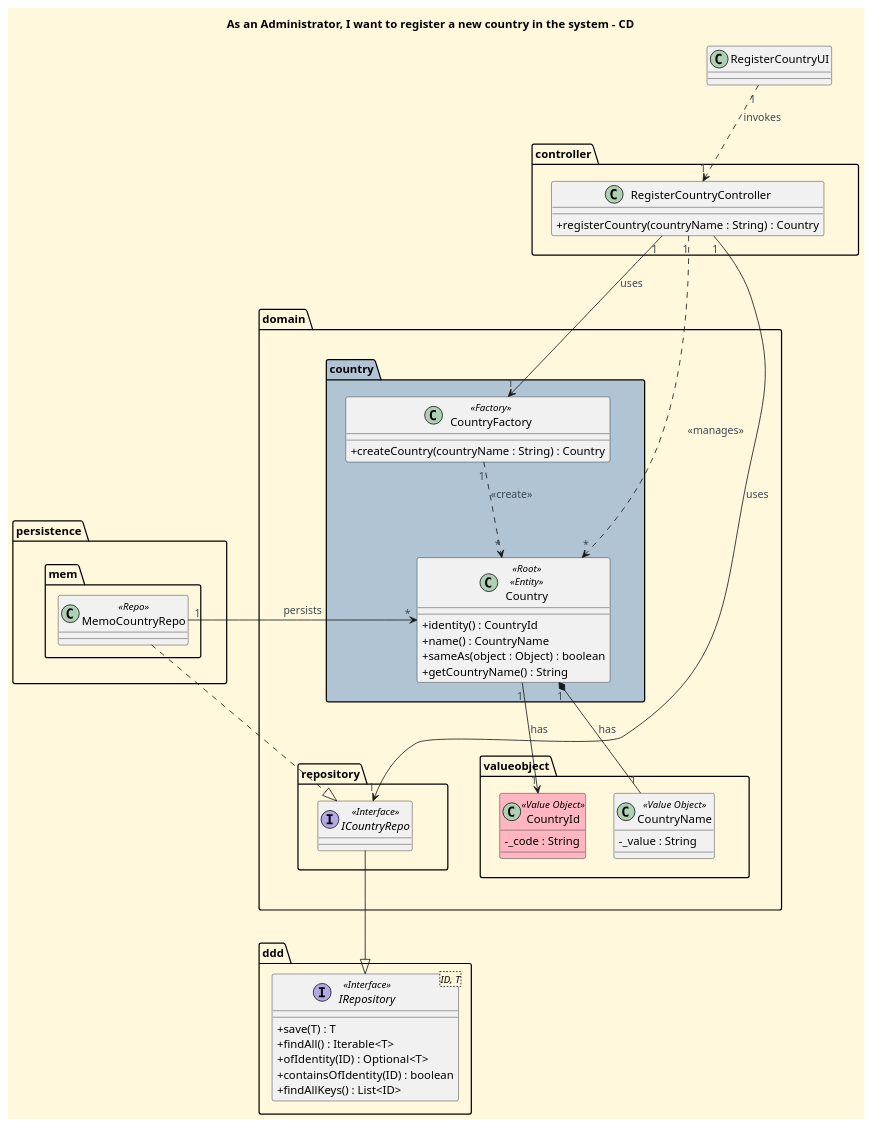
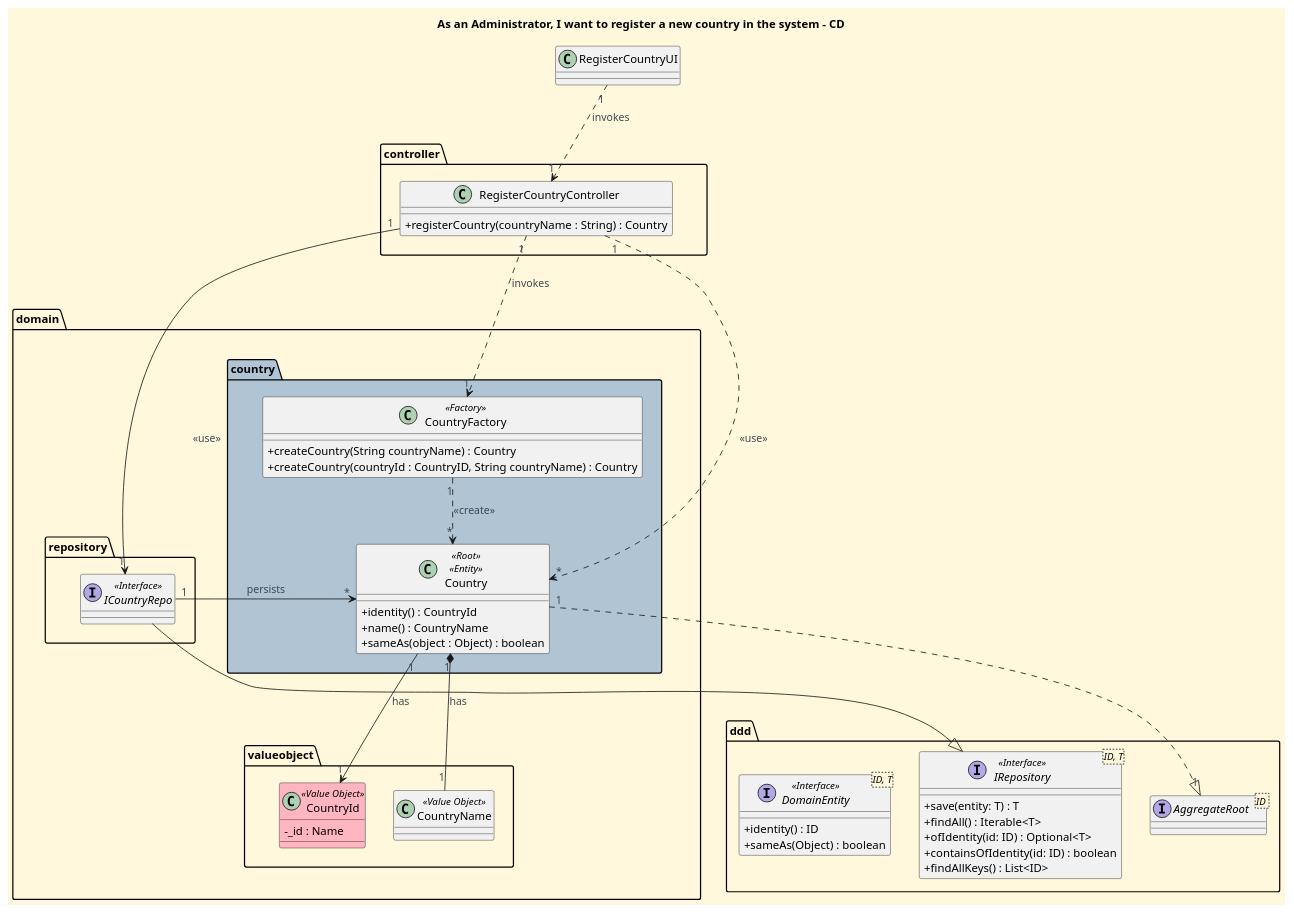
One commit to CarolinaLeite-collab/JavaMarketplacePlatform changed the diagram in docs/functionalities/admin/register-country/Register_Country_CD.puml. Above: the diagram before and after it, drawn with PlantUML. The commit also changed 3 other files, not shown here.

Commit message:
refs #775 update diagrams to reflect country persistence in DB, plus save and verify diagrams to further explain internal logic inside Register_Country_SD diagram

```diff
--- a/docs/functionalities/admin/register-country/Register_Country_CD.puml
+++ b/docs/functionalities/admin/register-country/Register_Country_CD.puml
@@ -1,99 +1,98 @@
 @startuml
 title As an Administrator, I want to register a new country in the system - CD
 
 '==== basic style ====
 skinparam monochrome false
 skinparam shadowing false
 skinparam defaultFontName Futura
 skinparam objectFontSize 20
 skinparam backgroundColor CornSilk
 skinparam objectBackgroundColor WhiteSmoke
 skinparam noteBackgroundColor #FFFFE0
 skinparam ArrowFontColor #3B4953
 skinparam ActivationBackgroundColor black
 skinparam classAttributeIconSize 0
 
 ' Control the layout flow
 top to bottom direction
 
 class RegisterCountryUI {
 }
 
 package "controller" {
     class RegisterCountryController {
       + registerCountry(countryName : String) : Country
     }
 }
 
 package "domain" {
 
     package "country" #b0c4d4 {
         class Country <<Root>> <<Entity>> {
           + identity() : CountryId
           + name() : CountryName
           + sameAs(object : Object) : boolean
-          + getCountryName() : String
         }
 
         class CountryFactory <<Factory>> {
-          + createCountry(countryName : String) : Country
+          +createCountry(String countryName) : Country
+          +createCountry(countryId : CountryID, String countryName) : Country
         }
     }
 
     package "valueobject" {
         class CountryId <<Value Object>> #lightpink {
-            - _code : String
+            -_id : Name
         }
         class CountryName <<Value Object>> {
-            - _value : String
         }
     }
 
     package "repository" {
         interface ICountryRepo <<Interface>> {
         }
     }
 }
 
-package "persistence" {
-    package "mem" {
-        class MemoCountryRepo <<Repo>> {
-        }
+Package "ddd" {
+    interface "IRepository<ID, T>" as IRepository <<Interface>> {
+        +save(entity: T) : T
+        +findAll() : Iterable<T>
+        +ofIdentity(id: ID) : Optional<T>
+        +containsOfIdentity(id: ID) : boolean
+        +findAllKeys() : List<ID>
     }
-}
 
-package "ddd" {
-    interface "IRepository<ID, T>" as IRepository <<Interface>> {
-        + save(T) : T
-        + findAll() : Iterable<T>
-        + ofIdentity(ID) : Optional<T>
-        + containsOfIdentity(ID) : boolean
-        + findAllKeys() : List<ID>
+    interface AggregateRoot <ID >{
+    }
+
+    interface DomainEntity<ID, T> <<Interface>> {
+        +identity() : ID
+        +sameAs(Object) : boolean
     }
 }
 
 '==== Visual Layout Alignment ====
 RegisterCountryUI -[hidden]down- controller
 controller -[hidden]down- domain
 country -[hidden]right- valueobject
 valueobject -[hidden]right- repository
-domain -[hidden]down- persistence
 
 '==== Connections ====
 RegisterCountryUI "1" .> "1" RegisterCountryController : invokes
 
-RegisterCountryController "1" --> "1" ICountryRepo : uses
-RegisterCountryController "1" --> "1" CountryFactory : uses
-RegisterCountryController "1" ..> "*" Country : <<manages>>
-
-MemoCountryRepo ..|> ICountryRepo
-MemoCountryRepo "1" --> "*" Country : persists
+RegisterCountryController "1" --> "1" ICountryRepo : <<use>>
+RegisterCountryController "1" ..> "1" CountryFactory : invokes
+RegisterCountryController "1" ..> "*" Country : <<use>>
 
 CountryFactory "1" ..> "*" Country : <<create>>
 
 Country "1" --> "1" CountryId : has
 Country "1" *-- "1" CountryName : has
 
 ICountryRepo --|> IRepository
+ICountryRepo "1" -> "*" Country : persists
+
+Country "1" .|> "1" AggregateRoot
 
 @enduml
```
